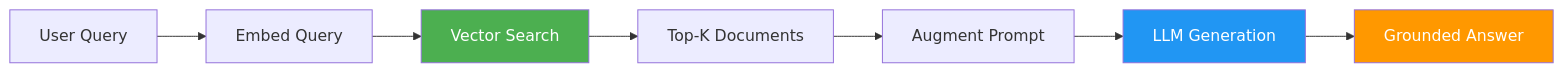
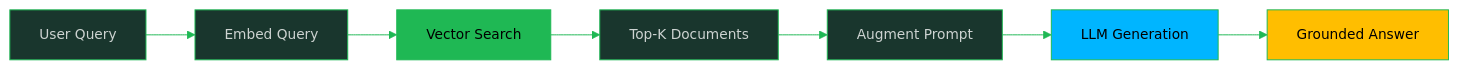
One commit to oat431/swe-knowledge changed the first of 3 diagrams in computing-foundation-note/Artificial_Intelligence/10_LLM_Production_Patterns.md. Above: the diagram before and after it, drawn with Mermaid. The commit also changed other lines of this file and 139 other files, not shown here.

````diff
--- a/computing-foundation-note/Artificial_Intelligence/10_LLM_Production_Patterns.md
+++ b/computing-foundation-note/Artificial_Intelligence/10_LLM_Production_Patterns.md
@@ -35,13 +35,14 @@
 ```mermaid
+%%{init: {'theme':'base','themeVariables':{'primaryColor':'#19362D','primaryTextColor':'#CDD3D1','primaryBorderColor':'#1FB854','lineColor':'#1FB854','secondaryColor':'#161212','tertiaryColor':'#1B1717','background':'#1B1717','mainBkg':'#19362D','nodeBorder':'#1FB854','clusterBkg':'#161212','clusterBorder':'#19362D','titleColor':'#1FB854','edgeLabelBackground':'#161212','fontSize':'14px'}}}%%
 flowchart LR
     QUERY["User Query"] --> EMBED["Embed Query"]
     EMBED --> RETRIEVE["Vector Search"]
     RETRIEVE --> DOCS["Top-K Documents"]
     DOCS --> PROMPT["Augment Prompt"]
     PROMPT --> LLM["LLM Generation"]
     LLM --> ANSWER["Grounded Answer"]
     
-    style RETRIEVE fill:#4CAF50,color:#fff
-    style LLM fill:#2196F3,color:#fff
-    style ANSWER fill:#FF9800,color:#fff
+    style RETRIEVE fill:#1FB854,color:#000000
+    style LLM fill:#00B5FF,color:#000000
+    style ANSWER fill:#FFBE00,color:#000000
 ```
````
